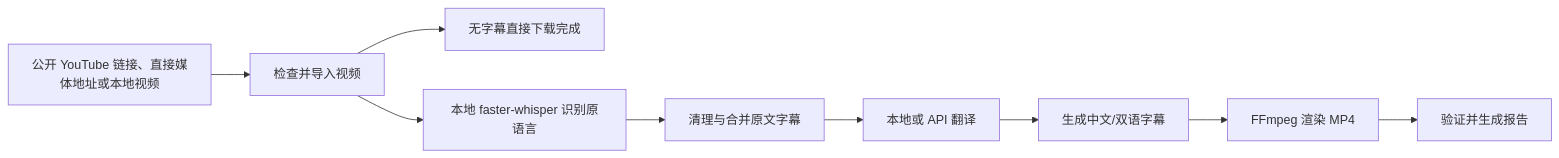
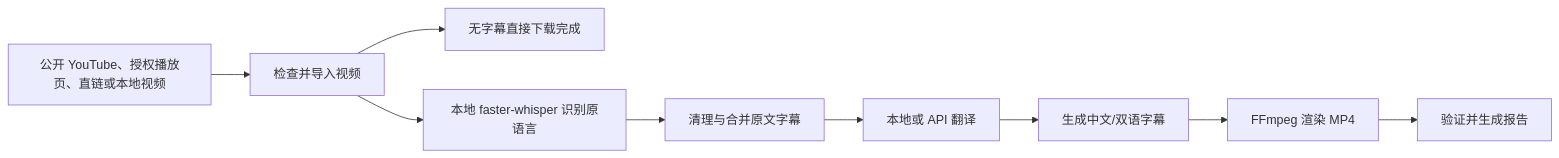
Before and after one commit to lujiangyancheng-jpg/youtube-chinese-localization-pipeline: the diagram in docs/USER_GUIDE.zh-CN.md, drawn with Mermaid. The commit also changed other lines of this file and 21 other files, not shown here.

````diff
--- a/docs/USER_GUIDE.zh-CN.md
+++ b/docs/USER_GUIDE.zh-CN.md
@@ -25,11 +25,11 @@
 ```mermaid
 flowchart LR
-    A["公开 YouTube 链接、直接媒体地址或本地视频"] --> B["检查并导入视频"]
+    A["公开 YouTube、授权播放页、直链或本地视频"] --> B["检查并导入视频"]
     B --> J["无字幕直接下载完成"]
     B --> C["本地 faster-whisper 识别原语言"]
     C --> D["清理与合并原文字幕"]
     D --> F["本地或 API 翻译"]
     F --> G["生成中文/双语字幕"]
     G --> H["FFmpeg 渲染 MP4"]
     H --> I["验证并生成报告"]
 ```
````
